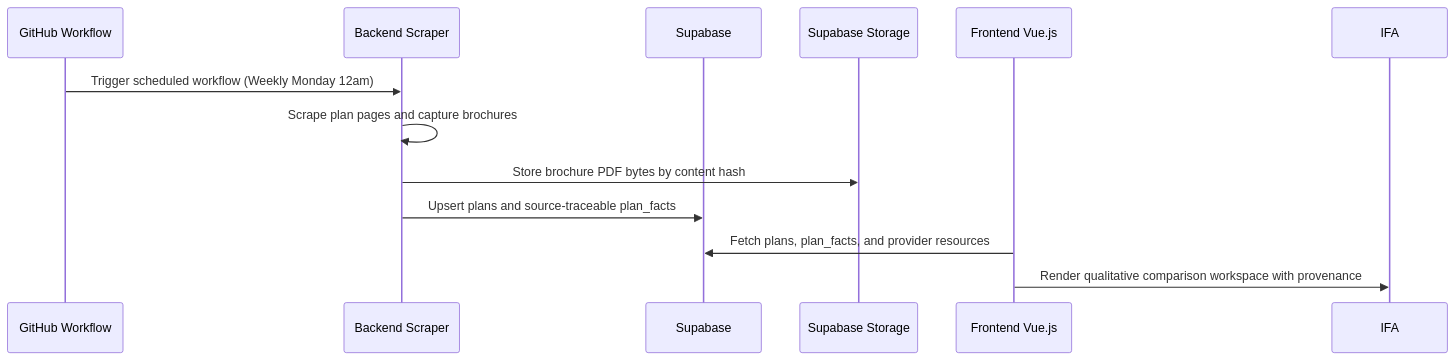
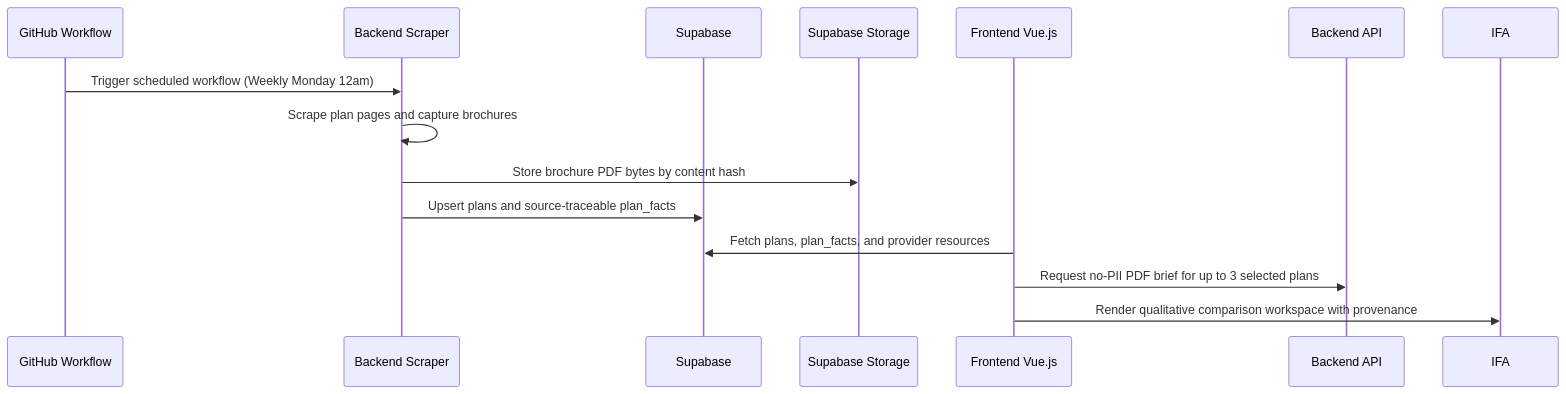
Before and after one commit to gongahkia/be-sure-ance: the first of 2 diagrams in README.md, drawn with Mermaid. The commit also changed other lines of this file and 5 other files, not shown here.

Commit message:
Add PDF brief backend

````diff
--- a/README.md
+++ b/README.md
@@ -85,16 +85,18 @@
 ```mermaid
 sequenceDiagram
     participant GitHub Workflow
     participant Backend Scraper
     participant Supabase
     participant Supabase Storage
     participant Frontend Vue.js
+    participant Backend API
     participant IFA
 
     GitHub Workflow->>Backend Scraper: Trigger scheduled workflow (Weekly Monday 12am)
     Backend Scraper->>Backend Scraper: Scrape plan pages and capture brochures
     Backend Scraper->>Supabase Storage: Store brochure PDF bytes by content hash
     Backend Scraper->>Supabase: Upsert plans and source-traceable plan_facts
     Frontend Vue.js->>Supabase: Fetch plans, plan_facts, and provider resources
+    Frontend Vue.js->>Backend API: Request no-PII PDF brief for up to 3 selected plans
     Frontend Vue.js->>IFA: Render qualitative comparison workspace with provenance
 ```
````
